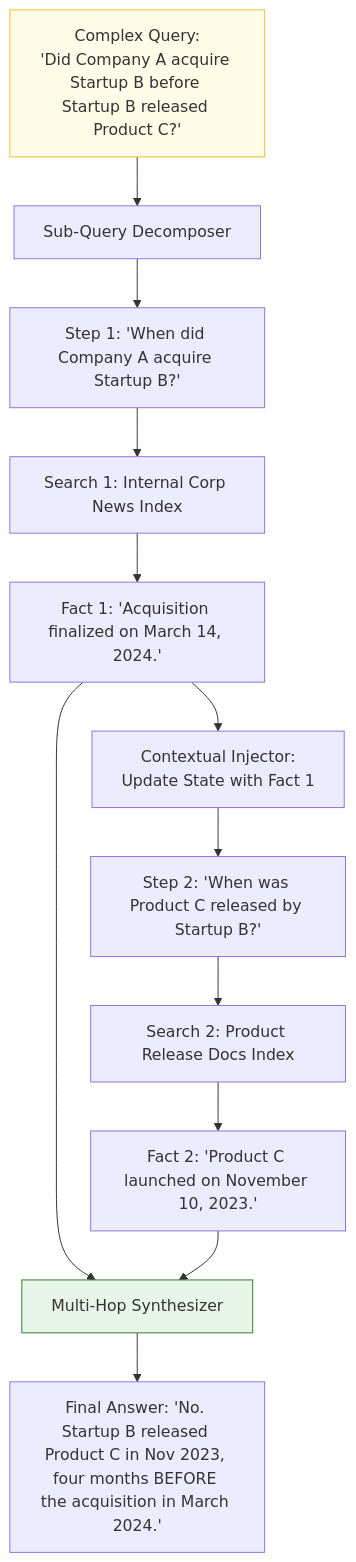
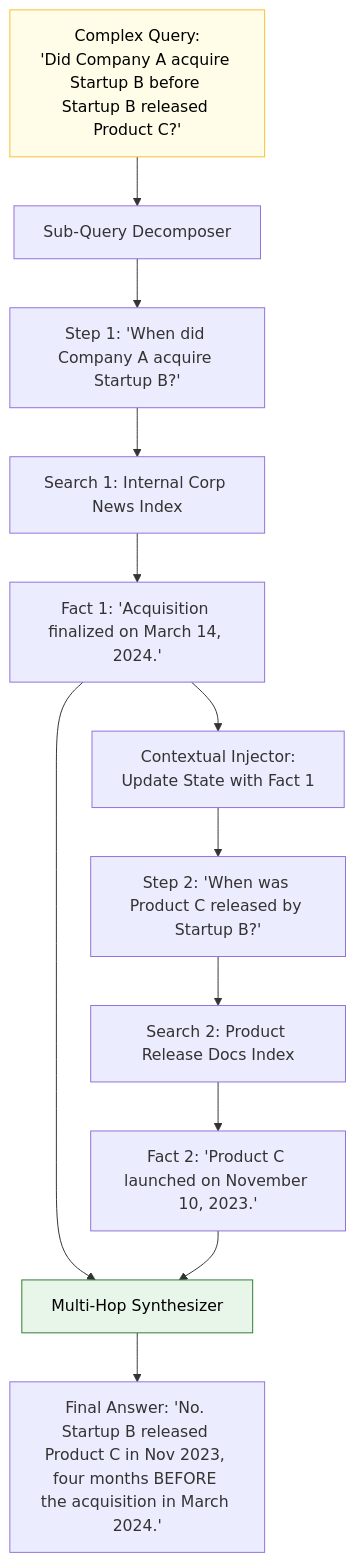
One commit to swapnil3104/RAG-Engineering changed the fourth of 5 diagrams in 06-Advanced-RAG/Adaptive-RAG.md. Above: the diagram before and after it, drawn with Mermaid. The commit also changed other lines of this file and 108 other files, not shown here.

Commit message:
fix: make chart text visible across all Mermaid diagrams and resolve markdown table formatting issues

````diff
--- a/06-Advanced-RAG/Adaptive-RAG.md
+++ b/06-Advanced-RAG/Adaptive-RAG.md
@@ -166,19 +166,19 @@
 ```mermaid
 flowchart TD
     ComplexQ["Complex Query:<br/>'Did Company A acquire Startup B before Startup B released Product C?'"] --> Decomposer["Sub-Query Decomposer"]
 
     Decomposer --> SubQ1["Step 1: 'When did Company A acquire Startup B?'"]
     SubQ1 --> Search1["Search 1: Internal Corp News Index"]
     Search1 --> Answer1["Fact 1: 'Acquisition finalized on March 14, 2024.'"]
 
     Answer1 --> ContextInject["Contextual Injector:<br/>Update State with Fact 1"]
     ContextInject --> SubQ2["Step 2: 'When was Product C released by Startup B?'"]
     SubQ2 --> Search2["Search 2: Product Release Docs Index"]
     Search2 --> Answer2["Fact 2: 'Product C launched on November 10, 2023.'"]
 
     Answer1 & Answer2 --> Synthesizer["Multi-Hop Synthesizer"]
     Synthesizer --> FinalAns["Final Answer: 'No. Startup B released Product C in Nov 2023, four months BEFORE the acquisition in March 2024.'"]
 
-    style ComplexQ fill:#fffde7,stroke:#fbc02d,stroke-width:1px
-    style Synthesizer fill:#e8f5e9,stroke:#2e7d32,stroke-width:1px
+    style ComplexQ fill:#fffde7,stroke:#fbc02d,stroke-width:1px,color:#000000
+    style Synthesizer fill:#e8f5e9,stroke:#2e7d32,stroke-width:1px,color:#000000
 ```
````
